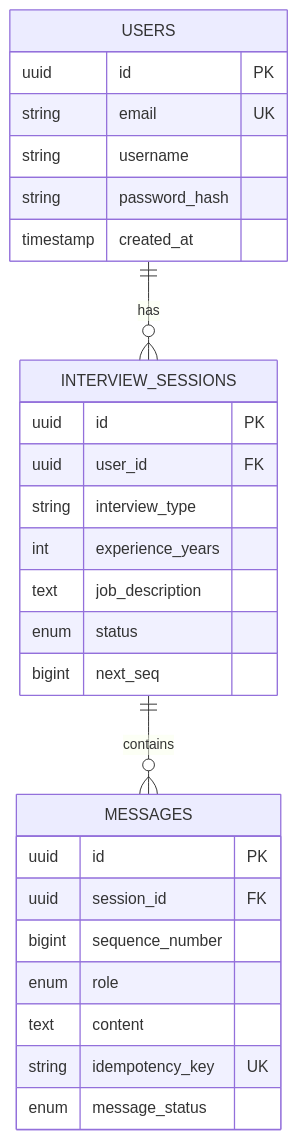
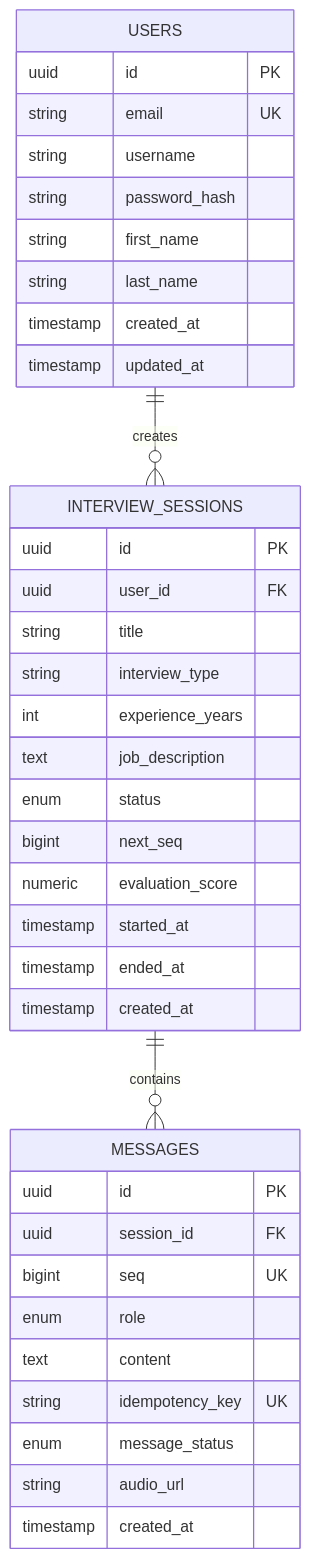
The third of 4 diagrams in README.md (AlejandroPosadaR/Miraiprep), drawn with Mermaid before and after one commit. The commit also changed other lines of this file and 2 other files, not shown here.

````diff
--- a/README.md
+++ b/README.md
@@ -126,33 +154,43 @@
 ```mermaid
 erDiagram
-    USERS ||--o{ INTERVIEW_SESSIONS : has
+    USERS ||--o{ INTERVIEW_SESSIONS : creates
     INTERVIEW_SESSIONS ||--o{ MESSAGES : contains
     
     USERS {
         uuid id PK
         string email UK
         string username
         string password_hash
+        string first_name
+        string last_name
         timestamp created_at
+        timestamp updated_at
     }
     
     INTERVIEW_SESSIONS {
         uuid id PK
         uuid user_id FK
+        string title
         string interview_type
         int experience_years
         text job_description
         enum status
         bigint next_seq
+        numeric evaluation_score
+        timestamp started_at
+        timestamp ended_at
+        timestamp created_at
     }
     
     MESSAGES {
         uuid id PK
         uuid session_id FK
-        bigint sequence_number
+        bigint seq UK
         enum role
         text content
         string idempotency_key UK
         enum message_status
+        string audio_url
+        timestamp created_at
     }
 ```
````
